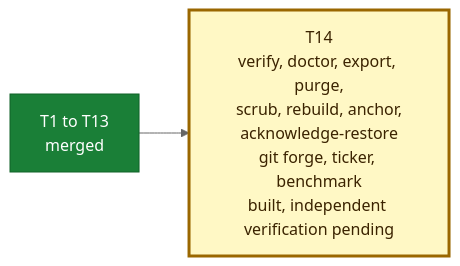
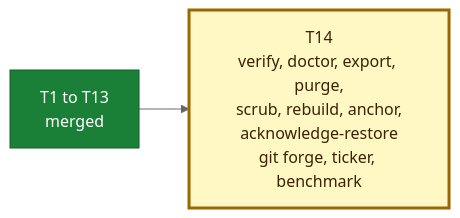
One commit to crenshawdev/baley changed the second of 2 diagrams in docs/roadmap.md. Above: the diagram before and after it, drawn with Mermaid (neutral theme). The commit also changed other lines of this file and 3 other files, not shown here.

First line of the commit message:
docs(design): match the ledger docs to the commands and forge as built

````diff
--- a/docs/roadmap.md
+++ b/docs/roadmap.md
@@ -60,14 +60,14 @@
 ```mermaid
 flowchart LR
     T1["T1 to T13<br/>merged"]
-    T14["T14<br/>verify, doctor, export, purge,<br/>scrub, rebuild, anchor,<br/>acknowledge-restore<br/>git forge, ticker, benchmark<br/>built, independent verification pending"]
+    T14["T14<br/>verify, doctor, export, purge,<br/>scrub, rebuild, anchor,<br/>acknowledge-restore<br/>git forge, ticker, benchmark"]
 
     T1 --> T14
 
     classDef done fill:#1a7f37,stroke:#116329,color:#ffffff
     classDef next fill:#fff8c5,stroke:#9a6700,stroke-width:3px,color:#3b2300
     classDef planned fill:#eaeef2,stroke:#6e7781,color:#24292f
 
     class T1 done
     class T14 next
 ```
````
